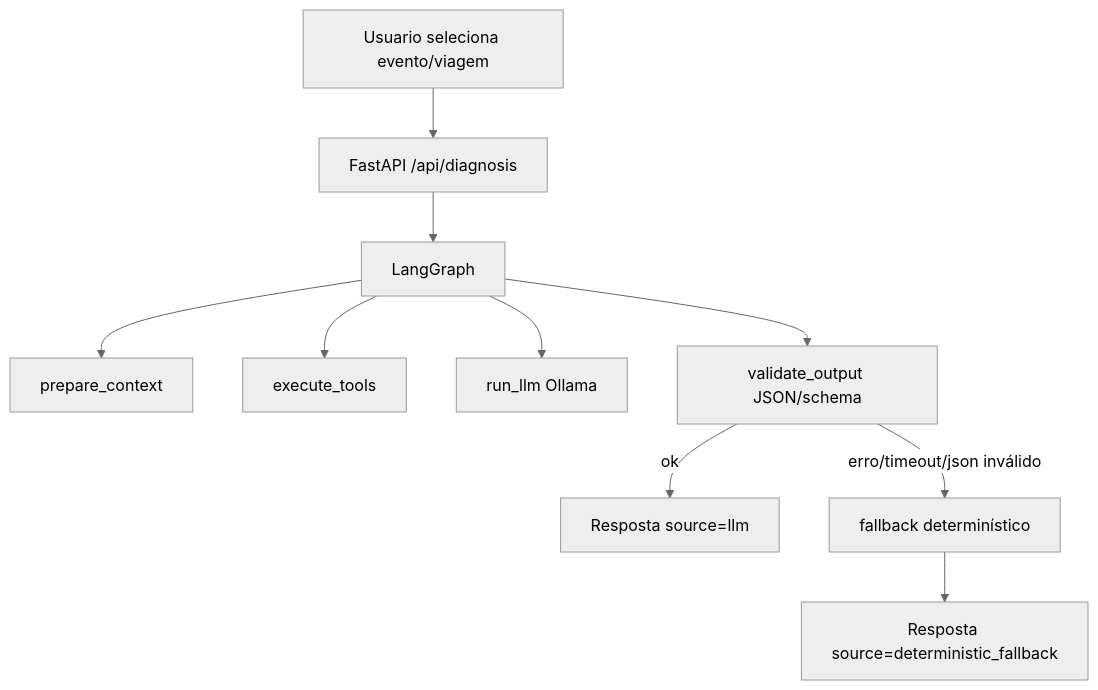
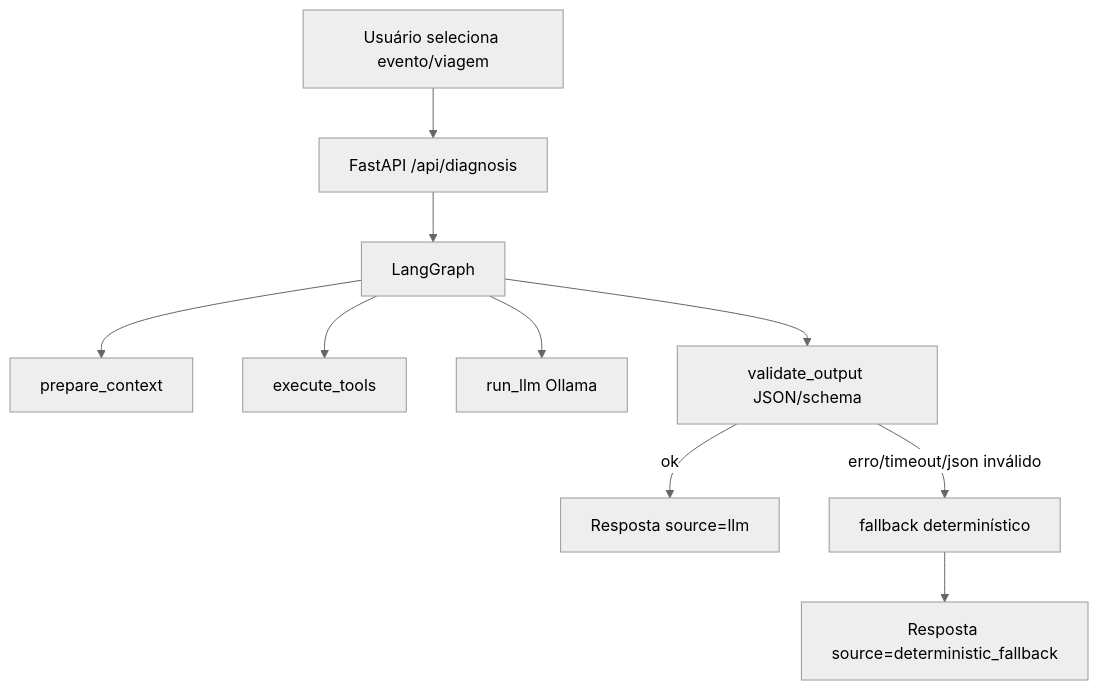
Before and after one commit to nathan-arrais/fleetdoctor: the diagram in README.md, drawn with Mermaid (neutral theme). The commit also changed other lines of this file and 3 other files, not shown here.

````diff
--- a/README.md
+++ b/README.md
@@ -25,12 +25,12 @@
 ```mermaid
 flowchart TD
-    A[Usuario seleciona evento/viagem] --> B[FastAPI /api/diagnosis]
+    A[Usuário seleciona evento/viagem] --> B[FastAPI /api/diagnosis]
     B --> C[LangGraph]
     C --> C1[prepare_context]
     C --> C2[execute_tools]
     C --> C3[run_llm Ollama]
     C --> C4[validate_output JSON/schema]
     C4 -->|ok| D[Resposta source=llm]
     C4 -->|erro/timeout/json inválido| E[fallback determinístico]
     E --> F[Resposta source=deterministic_fallback]
 ```
````
